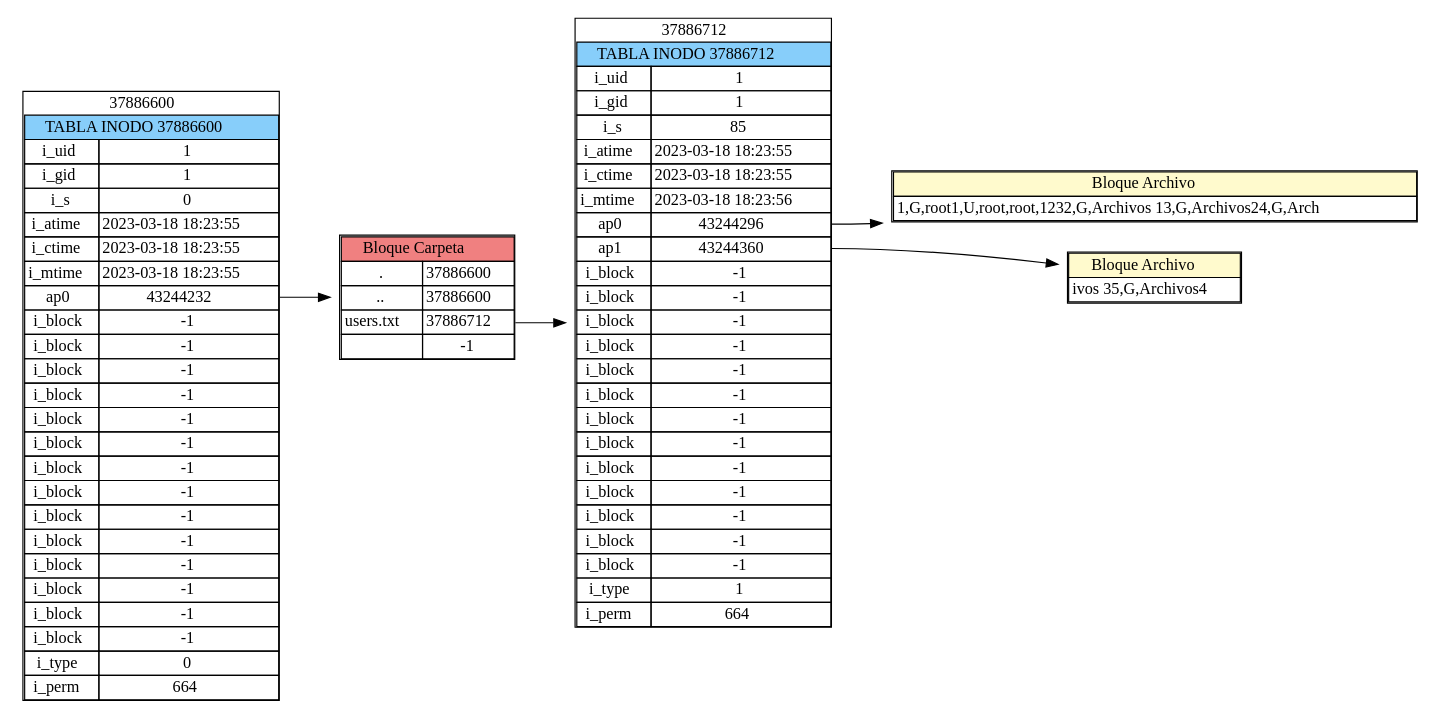
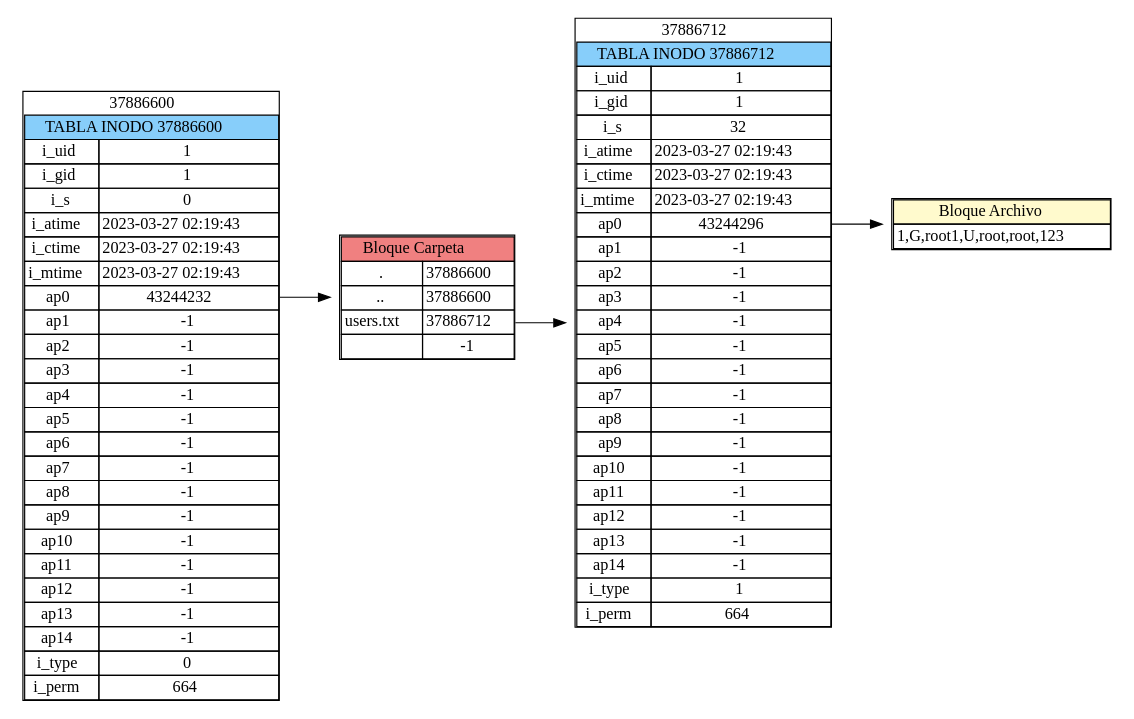
The diagram in Proyecto/cmake-build-debug/tree.dot (diegomazariegos2002/_MIA1S2023_PROYECTO1), drawn with Graphviz before and after one commit. The commit also changed 24 other files, not shown here.

```diff
--- a/Proyecto/cmake-build-debug/tree.dot
+++ b/Proyecto/cmake-build-debug/tree.dot
@@ -16,74 +16,74 @@
 </tr>
 <tr>
 <td>i_atime</td>
-<td>2023-03-18 18:23:55</td>
+<td>2023-03-27 02:19:43</td>
 </tr>
 <tr>
 <td>i_ctime</td>
-<td>2023-03-18 18:23:55</td>
+<td>2023-03-27 02:19:43</td>
 </tr>
 <tr>
 <td>i_mtime</td>
-<td>2023-03-18 18:23:55</td>
+<td>2023-03-27 02:19:43</td>
 </tr>
 <tr>
 <td>ap0</td>
 <td port="43244232">43244232</td>
 </tr>
 <tr>
-<td>i_block</td>
+<td>ap1</td>
 <td>-1</td>
 </tr>
 <tr>
-<td>i_block</td>
+<td>ap2</td>
 <td>-1</td>
 </tr>
 <tr>
-<td>i_block</td>
+<td>ap3</td>
 <td>-1</td>
 </tr>
 <tr>
-<td>i_block</td>
+<td>ap4</td>
 <td>-1</td>
 </tr>
 <tr>
-<td>i_block</td>
+<td>ap5</td>
 <td>-1</td>
 </tr>
 <tr>
-<td>i_block</td>
+<td>ap6</td>
 <td>-1</td>
 </tr>
 <tr>
-<td>i_block</td>
+<td>ap7</td>
 <td>-1</td>
 </tr>
 <tr>
-<td>i_block</td>
+<td>ap8</td>
 <td>-1</td>
 </tr>
 <tr>
-<td>i_block</td>
+<td>ap9</td>
 <td>-1</td>
 </tr>
 <tr>
-<td>i_block</td>
+<td>ap10</td>
 <td>-1</td>
 </tr>
 <tr>
-<td>i_block</td>
+<td>ap11</td>
 <td>-1</td>
 </tr>
 <tr>
-<td>i_block</td>
+<td>ap12</td>
 <td>-1</td>
 </tr>
 <tr>
-<td>i_block</td>
+<td>ap13</td>
 <td>-1</td>
 </tr>
 <tr>
-<td>i_block</td>
+<td>ap14</td>
 <td>-1</td>
 </tr>
 <tr>
@@ -128,19 +128,19 @@
 </tr>
 <tr>
 <td>i_s</td>
-<td>85</td>
+<td>32</td>
 </tr>
 <tr>
 <td>i_atime</td>
-<td>2023-03-18 18:23:55</td>
+<td>2023-03-27 02:19:43</td>
 </tr>
 <tr>
 <td>i_ctime</td>
-<td>2023-03-18 18:23:55</td>
+<td>2023-03-27 02:19:43</td>
 </tr>
 <tr>
 <td>i_mtime</td>
-<td>2023-03-18 18:23:56</td>
+<td>2023-03-27 02:19:43</td>
 </tr>
 <tr>
 <td>ap0</td>
@@ -148,58 +148,58 @@
 </tr>
 <tr>
 <td>ap1</td>
-<td port="43244360">43244360</td>
-</tr>
-<tr>
-<td>i_block</td>
 <td>-1</td>
 </tr>
 <tr>
-<td>i_block</td>
+<td>ap2</td>
 <td>-1</td>
 </tr>
 <tr>
-<td>i_block</td>
+<td>ap3</td>
 <td>-1</td>
 </tr>
 <tr>
-<td>i_block</td>
+<td>ap4</td>
 <td>-1</td>
 </tr>
 <tr>
-<td>i_block</td>
+<td>ap5</td>
 <td>-1</td>
 </tr>
 <tr>
-<td>i_block</td>
+<td>ap6</td>
 <td>-1</td>
 </tr>
 <tr>
-<td>i_block</td>
+<td>ap7</td>
 <td>-1</td>
 </tr>
 <tr>
-<td>i_block</td>
+<td>ap8</td>
 <td>-1</td>
 </tr>
 <tr>
-<td>i_block</td>
+<td>ap9</td>
 <td>-1</td>
 </tr>
 <tr>
-<td>i_block</td>
+<td>ap10</td>
 <td>-1</td>
 </tr>
 <tr>
-<td>i_block</td>
+<td>ap11</td>
 <td>-1</td>
 </tr>
 <tr>
-<td>i_block</td>
+<td>ap12</td>
 <td>-1</td>
 </tr>
 <tr>
-<td>i_block</td>
+<td>ap13</td>
+<td>-1</td>
+</tr>
+<tr>
+<td>ap14</td>
 <td>-1</td>
 </tr>
 <tr>
@@ -217,20 +217,8 @@
 <tr>
 <td>1,G,root
 1,U,root,root,123
-2,G,Archivos 1
-3,G,Archivos2
-4,G,Arch</td>
+</td>
 </tr>
 </table>>]
 n37886712:43244296->n43244296;
-n43244360[label=<<table CELLSPACING="0">
-<tr>
-<td colspan="2" bgcolor="lemonchiffon">Bloque Archivo</td></tr>
-<tr>
-<td>ivos 3
-5,G,Archivos4
-</td>
-</tr>
-</table>>]
-n37886712:43244360->n43244360;
 }
```
